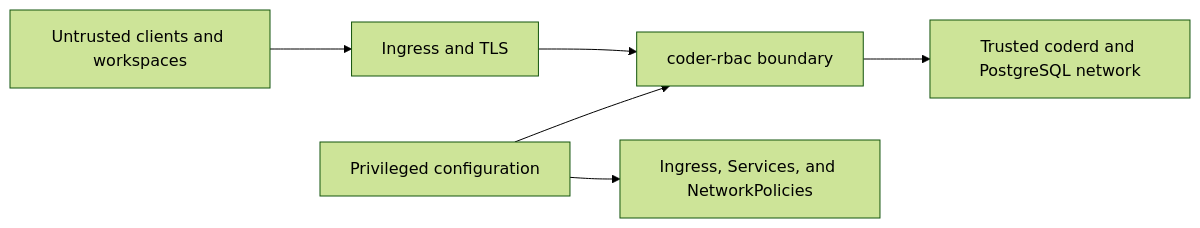
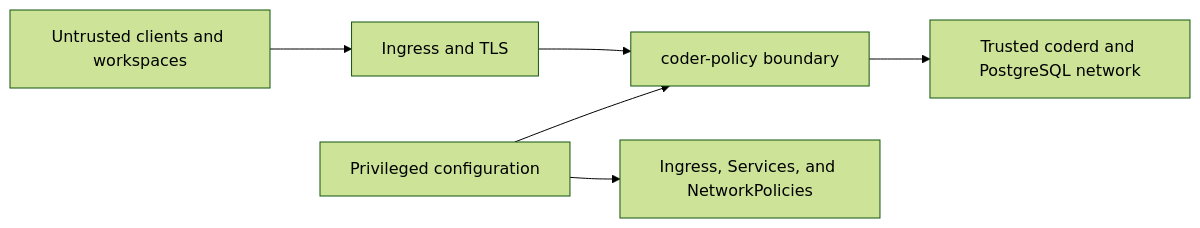
The diagram in docs/security.md (thomas-illiet/coder-rbac), drawn with Mermaid (forest theme) before and after one commit. The commit also changed other lines of this file and 64 other files, not shown here.

Commit message:
refactor: rename project to coder-policy

````diff
--- a/docs/security.md
+++ b/docs/security.md
@@ -60,8 +60,8 @@
 ```mermaid
 flowchart LR
     Untrusted["Untrusted clients and workspaces"] --> TLS["Ingress and TLS"]
-    TLS --> Proxy["coder-rbac boundary"]
+    TLS --> Proxy["coder-policy boundary"]
     Proxy --> Trusted["Trusted coderd and PostgreSQL network"]
     Admin["Privileged configuration"] --> Proxy
     Admin --> Network["Ingress, Services, and NetworkPolicies"]
 ```
````
